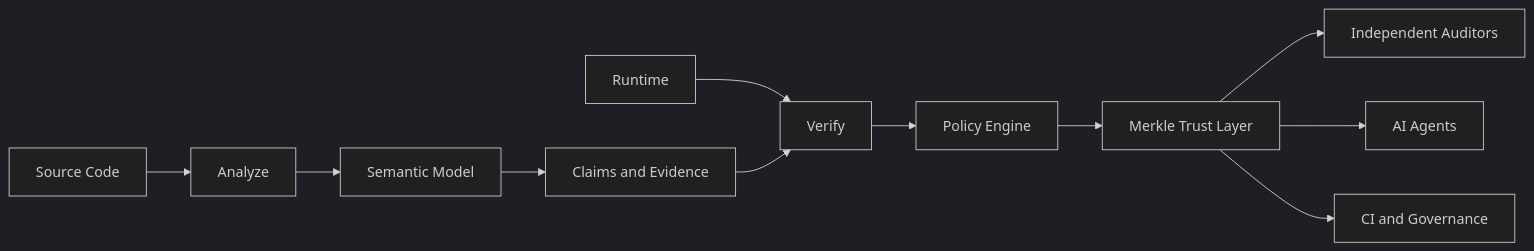
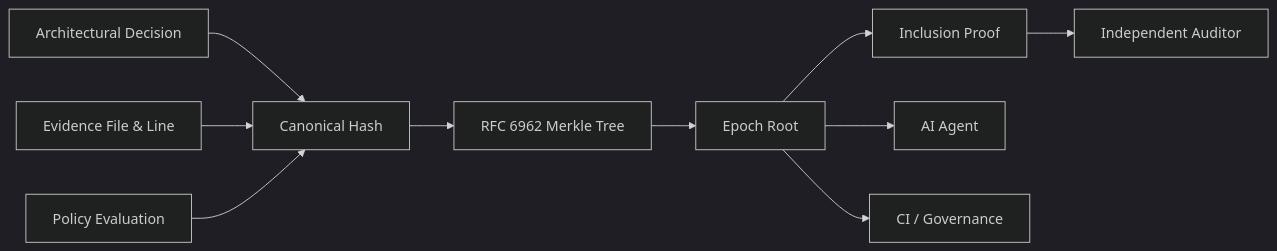
The first of 5 diagrams in README.md (myshra777-ai/garuda), drawn with Mermaid (dark theme) before and after one commit. The commit also changed other lines of this file, not shown here.

````diff
--- a/README.md
+++ b/README.md
@@ -35,13 +33,12 @@
 ```mermaid
 flowchart LR
-    SOURCE["Source Code"] --> ANALYZE["Analyze"]
-    RUNTIME["Runtime"] --> VERIFY["Verify"]
-    ANALYZE --> SEMANTIC["Semantic Model"]
-    SEMANTIC --> CLAIMS["Claims and Evidence"]
-    CLAIMS --> VERIFY
-    VERIFY --> POLICY["Policy Engine"]
-    POLICY --> MERKLE["Merkle Trust Layer"]
-    MERKLE --> AUDIT["Independent Auditors"]
-    MERKLE --> AGENTS["AI Agents"]
-    MERKLE --> CI["CI and Governance"]
+    DECISION["Architectural Decision"] --> HASH["Canonical Hash"]
+    EVIDENCE["Evidence File & Line"] --> HASH
+    POLICY["Policy Evaluation"] --> HASH
+    HASH --> TREE["RFC 6962 Merkle Tree"]
+    TREE --> ROOT["Epoch Root"]
+    ROOT --> PROOF["Inclusion Proof"]
+    PROOF --> AUDITOR["Independent Auditor"]
+    ROOT --> AGENT["AI Agent"]
+    ROOT --> CI["CI / Governance"]
 ```
````
